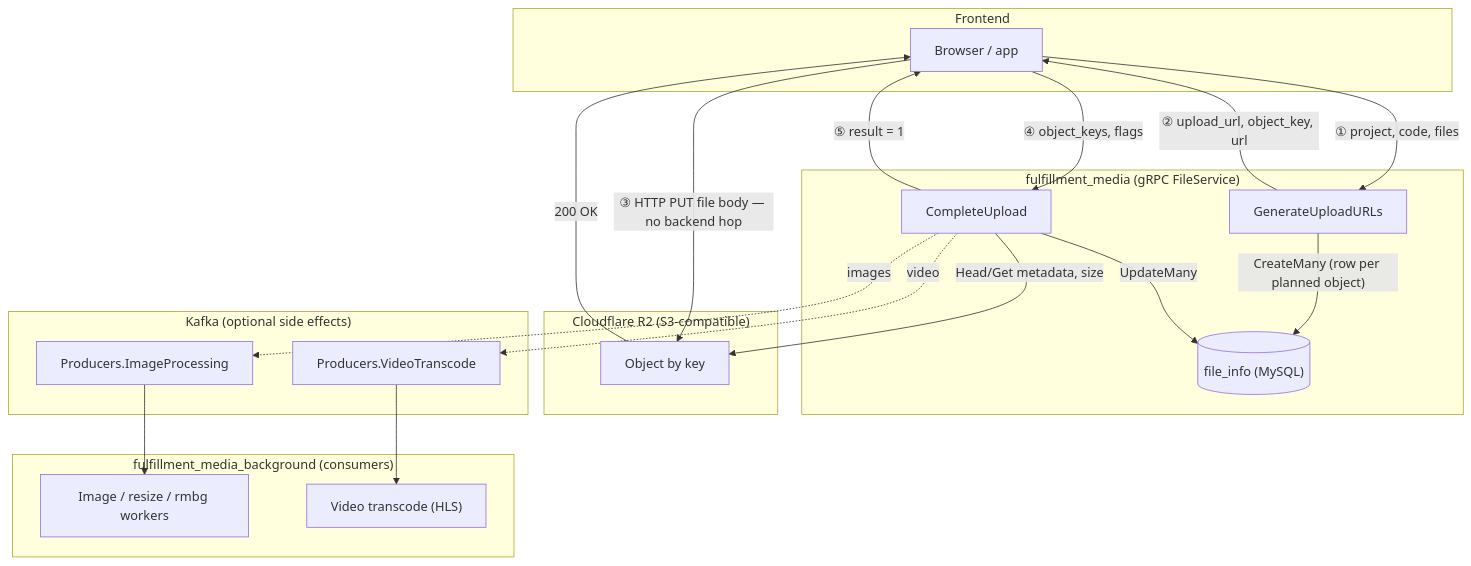
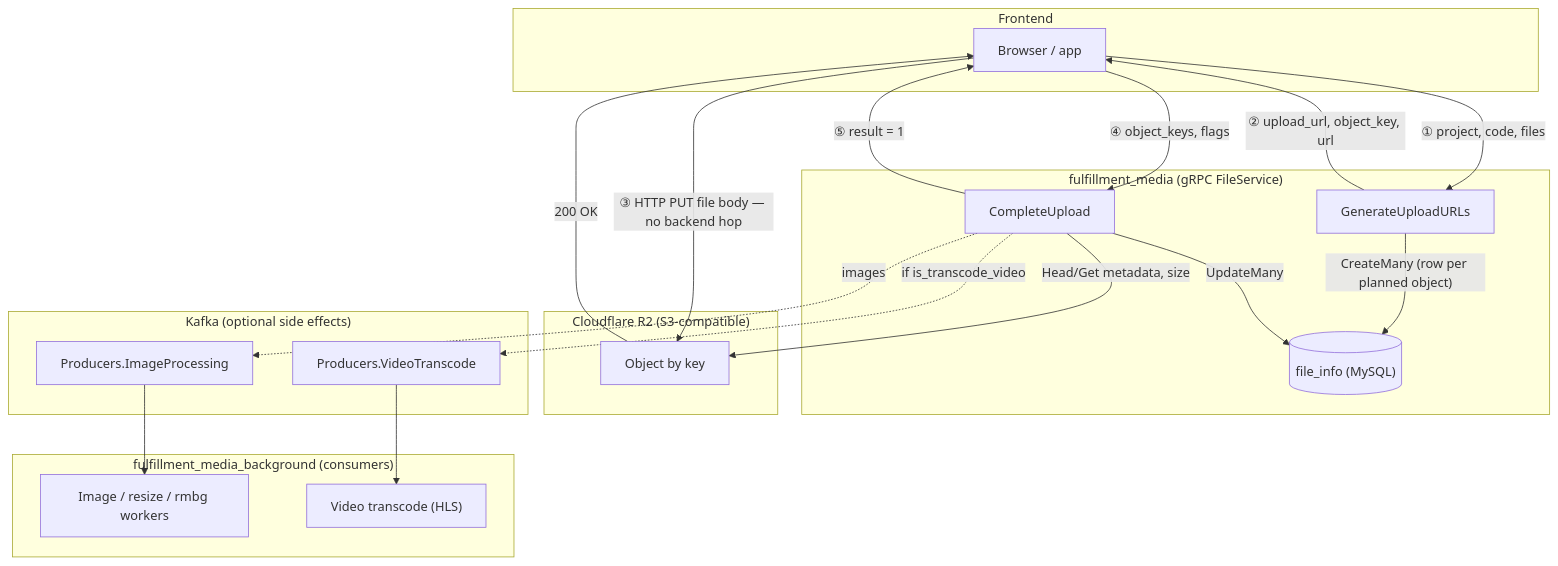
The diagram in media/upload/presigned-upload-flow.md (hoanglnt/doc), drawn with Mermaid before and after one commit. The commit also changed other lines of this file and 1 other file, not shown here.

Commit message:
video stream

````diff
--- a/media/upload/presigned-upload-flow.md
+++ b/media/upload/presigned-upload-flow.md
@@ -22,43 +22,43 @@
 ```mermaid
 flowchart TB
   subgraph FE["Frontend"]
     client["Browser / app"]
   end
 
   subgraph MEDIA["fulfillment_media (gRPC FileService)"]
     gu["GenerateUploadURLs"]
     cu["CompleteUpload"]
     db[("file_info (MySQL)")]
   end
 
   subgraph R2["Cloudflare R2 (S3-compatible)"]
     obj["Object by key"]
   end
 
   subgraph KAFKA["Kafka (optional side effects)"]
     timg["Producers.ImageProcessing"]
     tvid["Producers.VideoTranscode"]
   end
 
   subgraph BG["fulfillment_media_background (consumers)"]
     wip["Image / resize / rmbg workers"]
     vtr["Video transcode (HLS)"]
   end
 
   client -->|"① project, code, files"| gu
   gu -->|"CreateMany (row per planned object)"| db
   gu -->|"② upload_url, object_key, url"| client
 
   client -->|"③ HTTP PUT file body — no backend hop"| obj
   obj -->|"200 OK"| client
 
   client -->|"④ object_keys, flags"| cu
   cu -->|"Head/Get metadata, size"| obj
   cu -->|"UpdateMany"| db
   cu -.->|"images"| timg
-  cu -.->|"video"| tvid
+  cu -.->|"if is_transcode_video"| tvid
   timg --> wip
   tvid --> vtr
 
   cu -->|"⑤ result = 1"| client
 ```
````
